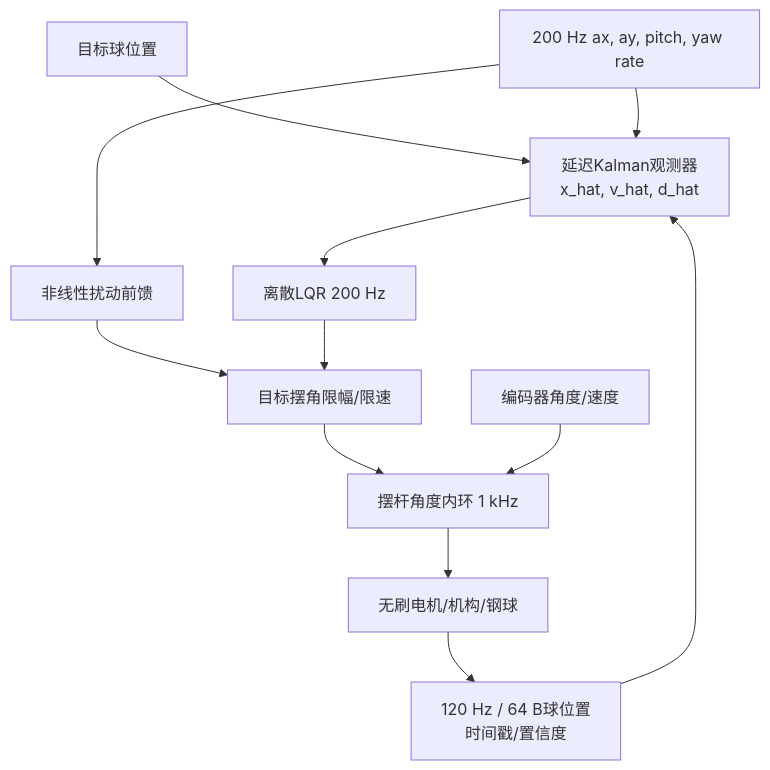
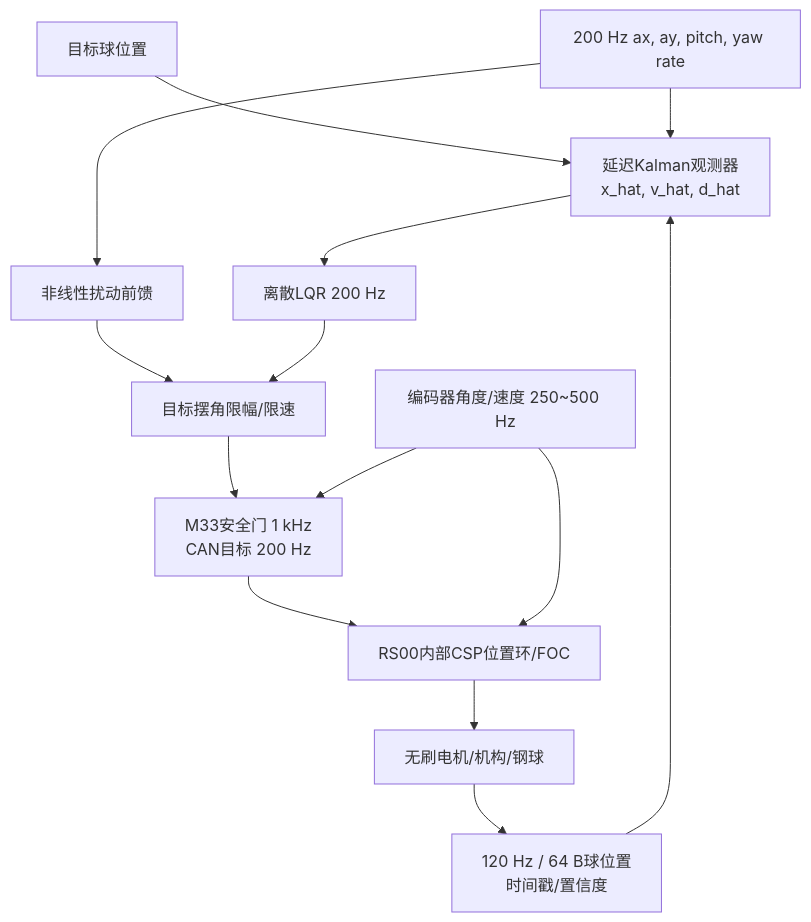
The diagram in docs/architecture/system-overview.md (HalloYang06/2026_TI), drawn with Mermaid before and after one commit. The commit also changed other lines of this file and 3 other files, not shown here.

````diff
--- a/docs/architecture/system-overview.md
+++ b/docs/architecture/system-overview.md
@@ -52,14 +55,16 @@
 ```mermaid
 flowchart TD
     R["目标球位置"] --> O["延迟Kalman观测器<br/>x_hat, v_hat, d_hat"]
     V["120 Hz / 64 B球位置<br/>时间戳/置信度"] --> O
     I["200 Hz ax, ay, pitch, yaw rate"] --> O
     I --> F["非线性扰动前馈"]
     O --> L["离散LQR 200 Hz"]
     F --> S["目标摆角限幅/限速"]
     L --> S
-    S --> A["摆杆角度内环 1 kHz"]
-    E["编码器角度/速度"] --> A
+    S --> G["M33安全门 1 kHz<br/>CAN目标 200 Hz"]
+    G --> A["RS00内部CSP位置环/FOC"]
+    E["编码器角度/速度 250~500 Hz"] --> G
+    E --> A
     A --> M["无刷电机/机构/钢球"]
     M --> V
 ```
````
